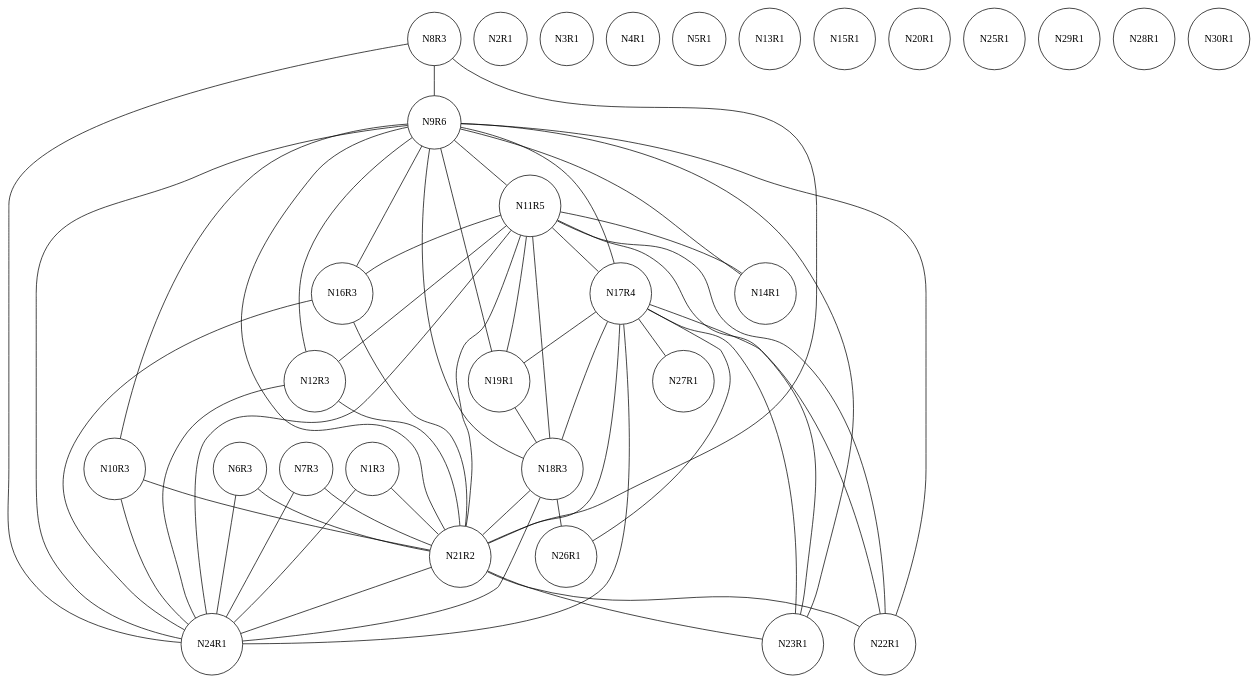
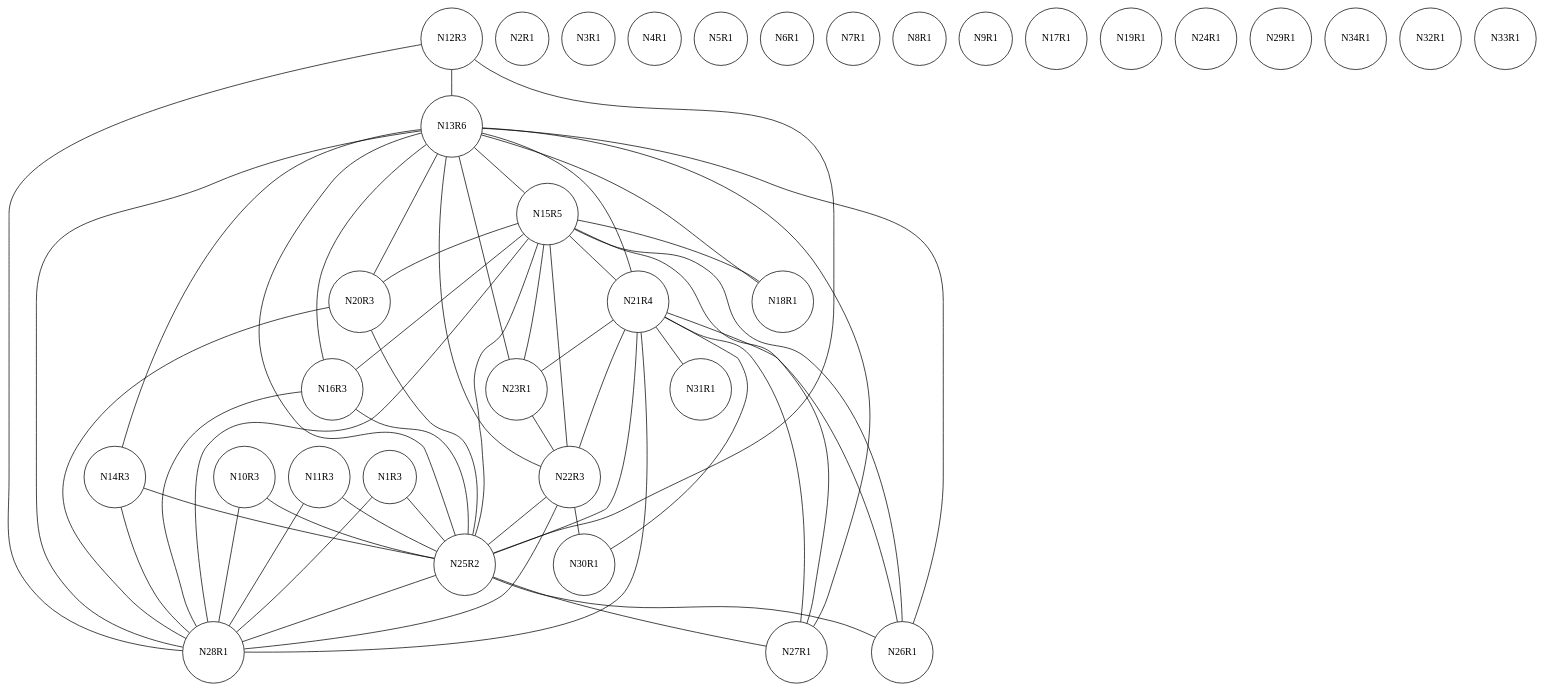
Before and after one commit to chris-wood/PL241-Compiler: the diagram in project/caw001.txt.ig.dot, drawn with Graphviz. The commit also changed 13 other files, not shown here.

```diff
--- a/project/caw001.txt.ig.dot
+++ b/project/caw001.txt.ig.dot
@@ -1,85 +1,89 @@
 graph ig {
     node [shape = circle];
     N1R3;
     N2R1;
     N3R1;
     N4R1;
     N5R1;
-    N6R3;
-    N7R3;
-    N8R3;
-    N9R6;
+    N6R1;
+    N7R1;
+    N8R1;
+    N9R1;
     N10R3;
-    N11R5;
+    N11R3;
     N12R3;
-    N13R1;
-    N14R1;
-    N15R1;
-    N17R4;
+    N13R6;
+    N14R3;
+    N15R5;
+    N17R1;
     N16R3;
     N19R1;
-    N18R3;
-    N21R2;
-    N20R1;
+    N18R1;
+    N21R4;
+    N20R3;
     N23R1;
-    N22R1;
-    N25R1;
+    N22R3;
+    N25R2;
     N24R1;
     N27R1;
     N26R1;
     N29R1;
     N28R1;
+    N31R1;
     N30R1;
-    N1R3 -- N24R1;
-    N1R3 -- N21R2;
-    N6R3 -- N24R1;
-    N6R3 -- N21R2;
-    N7R3 -- N24R1;
-    N7R3 -- N21R2;
-    N8R3 -- N9R6;
-    N8R3 -- N24R1;
-    N8R3 -- N21R2;
-    N9R6 -- N24R1;
-    N9R6 -- N23R1;
-    N9R6 -- N22R1;
-    N9R6 -- N21R2;
-    N9R6 -- N18R3;
-    N9R6 -- N17R4;
-    N9R6 -- N11R5;
-    N9R6 -- N19R1;
-    N9R6 -- N16R3;
-    N9R6 -- N14R1;
-    N9R6 -- N12R3;
-    N9R6 -- N10R3;
-    N10R3 -- N24R1;
-    N10R3 -- N21R2;
-    N11R5 -- N17R4;
-    N11R5 -- N24R1;
-    N11R5 -- N23R1;
-    N11R5 -- N22R1;
-    N11R5 -- N21R2;
-    N11R5 -- N18R3;
-    N11R5 -- N19R1;
-    N11R5 -- N16R3;
-    N11R5 -- N14R1;
-    N11R5 -- N12R3;
-    N12R3 -- N24R1;
-    N12R3 -- N21R2;
-    N17R4 -- N23R1;
-    N17R4 -- N22R1;
-    N17R4 -- N21R2;
-    N17R4 -- N27R1;
-    N17R4 -- N26R1;
-    N17R4 -- N18R3;
-    N17R4 -- N24R1;
-    N17R4 -- N19R1;
-    N16R3 -- N24R1;
-    N16R3 -- N21R2;
-    N19R1 -- N18R3;
-    N18R3 -- N26R1;
-    N18R3 -- N24R1;
-    N18R3 -- N21R2;
-    N21R2 -- N24R1;
-    N21R2 -- N23R1;
-    N21R2 -- N22R1;
+    N34R1;
+    N32R1;
+    N33R1;
+    N1R3 -- N28R1;
+    N1R3 -- N25R2;
+    N10R3 -- N28R1;
+    N10R3 -- N25R2;
+    N11R3 -- N28R1;
+    N11R3 -- N25R2;
+    N12R3 -- N13R6;
+    N12R3 -- N28R1;
+    N12R3 -- N25R2;
+    N13R6 -- N28R1;
+    N13R6 -- N27R1;
+    N13R6 -- N26R1;
+    N13R6 -- N25R2;
+    N13R6 -- N22R3;
+    N13R6 -- N21R4;
+    N13R6 -- N15R5;
+    N13R6 -- N23R1;
+    N13R6 -- N20R3;
+    N13R6 -- N18R1;
+    N13R6 -- N16R3;
+    N13R6 -- N14R3;
+    N14R3 -- N28R1;
+    N14R3 -- N25R2;
+    N15R5 -- N21R4;
+    N15R5 -- N28R1;
+    N15R5 -- N27R1;
+    N15R5 -- N26R1;
+    N15R5 -- N25R2;
+    N15R5 -- N22R3;
+    N15R5 -- N23R1;
+    N15R5 -- N20R3;
+    N15R5 -- N18R1;
+    N15R5 -- N16R3;
+    N16R3 -- N28R1;
+    N16R3 -- N25R2;
+    N21R4 -- N27R1;
+    N21R4 -- N26R1;
+    N21R4 -- N25R2;
+    N21R4 -- N31R1;
+    N21R4 -- N30R1;
+    N21R4 -- N22R3;
+    N21R4 -- N28R1;
+    N21R4 -- N23R1;
+    N20R3 -- N28R1;
+    N20R3 -- N25R2;
+    N23R1 -- N22R3;
+    N22R3 -- N30R1;
+    N22R3 -- N28R1;
+    N22R3 -- N25R2;
+    N25R2 -- N28R1;
+    N25R2 -- N27R1;
+    N25R2 -- N26R1;
 }
```
